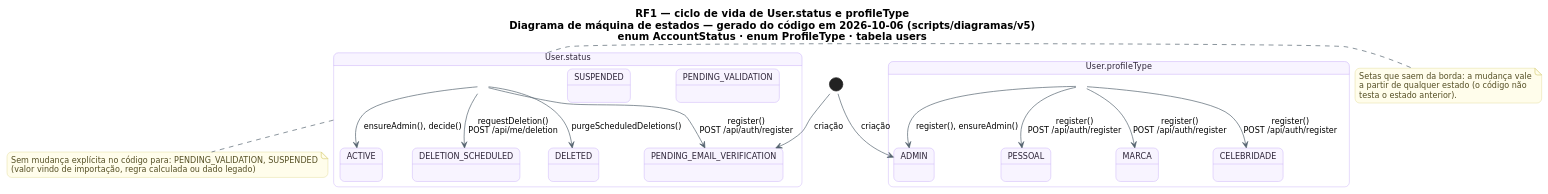
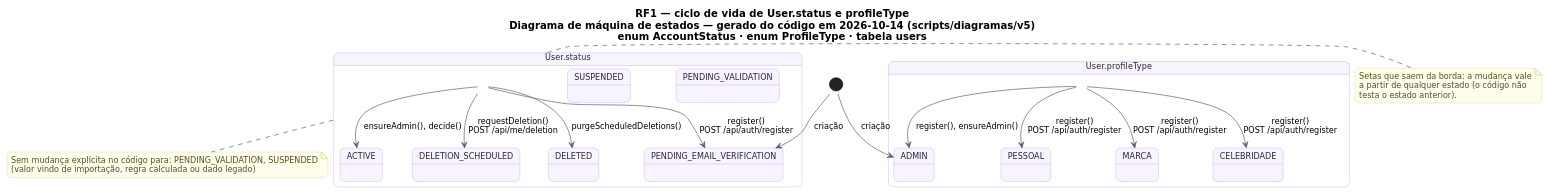
Before and after one commit to MatheusHaliski/tcc-2026-fashion-ai-backend: the diagram in docs/diagramas/RF1/RF1-maquinadeestados-conta.puml, drawn with PlantUML. The commit also changed 800 other files, not shown here.

Commit message:
Adiciona composições AURA, bordas Metamorfose, guia visual e atualiza diagramas

```diff
--- a/docs/diagramas/RF1/RF1-maquinadeestados-conta.puml
+++ b/docs/diagramas/RF1/RF1-maquinadeestados-conta.puml
@@ -1,57 +1,57 @@
 @startuml RF1_MaquinaDeEstados_Conta
 !pragma layout smetana
 skinparam backgroundColor #FFFFFF
 skinparam shadowing false
 skinparam defaultFontName "DejaVu Sans"
 skinparam defaultFontSize 12
 skinparam titleFontSize 15
 skinparam roundcorner 14
 skinparam ArrowColor #52606D
 skinparam note {
   BackgroundColor #FFFDEB
   BorderColor #D8CE78
   FontColor #554F24
 }
 skinparam state {
   BackgroundColor #F8F4FF
   BorderColor #B695F5
   FontColor #2D2438
   StartColor #20A77A
   EndColor #4B5563
 }
-title RF1 — ciclo de vida de User.status e profileType\nDiagrama de máquina de estados — gerado do código em 2026-10-06 (scripts/diagramas/v5)\nenum AccountStatus · enum ProfileType · tabela users
+title RF1 — ciclo de vida de User.status e profileType\nDiagrama de máquina de estados — gerado do código em 2026-10-14 (scripts/diagramas/v5)\nenum AccountStatus · enum ProfileType · tabela users
 
 state "User.status" as Ciclo_User {
   state Ciclo_User_PENDING_EMAIL_VERIFICATION as "PENDING_EMAIL_VERIFICATION"
   state Ciclo_User_ACTIVE as "ACTIVE"
   state Ciclo_User_PENDING_VALIDATION as "PENDING_VALIDATION"
   state Ciclo_User_SUSPENDED as "SUSPENDED"
   state Ciclo_User_DELETION_SCHEDULED as "DELETION_SCHEDULED"
   state Ciclo_User_DELETED as "DELETED"
 }
 [*] --> Ciclo_User_PENDING_EMAIL_VERIFICATION : criação
 Ciclo_User --> Ciclo_User_ACTIVE : ensureAdmin(), decide()
 Ciclo_User --> Ciclo_User_DELETED : purgeScheduledDeletions()
 Ciclo_User --> Ciclo_User_DELETION_SCHEDULED : requestDeletion()\nPOST /api/me/deletion
 Ciclo_User --> Ciclo_User_PENDING_EMAIL_VERIFICATION : register()\nPOST /api/auth/register
 note bottom of Ciclo_User
   Sem mudança explícita no código para: PENDING_VALIDATION, SUSPENDED
   (valor vindo de importação, regra calculada ou dado legado)
 end note
 state "User.profileType" as Ciclo_User_profileType {
   state Ciclo_User_profileType_PESSOAL as "PESSOAL"
   state Ciclo_User_profileType_MARCA as "MARCA"
   state Ciclo_User_profileType_CELEBRIDADE as "CELEBRIDADE"
   state Ciclo_User_profileType_ADMIN as "ADMIN"
 }
 [*] --> Ciclo_User_profileType_ADMIN : criação
 Ciclo_User_profileType --> Ciclo_User_profileType_PESSOAL : register()\nPOST /api/auth/register
 Ciclo_User_profileType --> Ciclo_User_profileType_MARCA : register()\nPOST /api/auth/register
 Ciclo_User_profileType --> Ciclo_User_profileType_CELEBRIDADE : register()\nPOST /api/auth/register
 Ciclo_User_profileType --> Ciclo_User_profileType_ADMIN : register(), ensureAdmin()
 note right of Ciclo_User
   Setas que saem da borda: a mudança vale
   a partir de qualquer estado (o código não
   testa o estado anterior).
 end note
 @enduml
```
